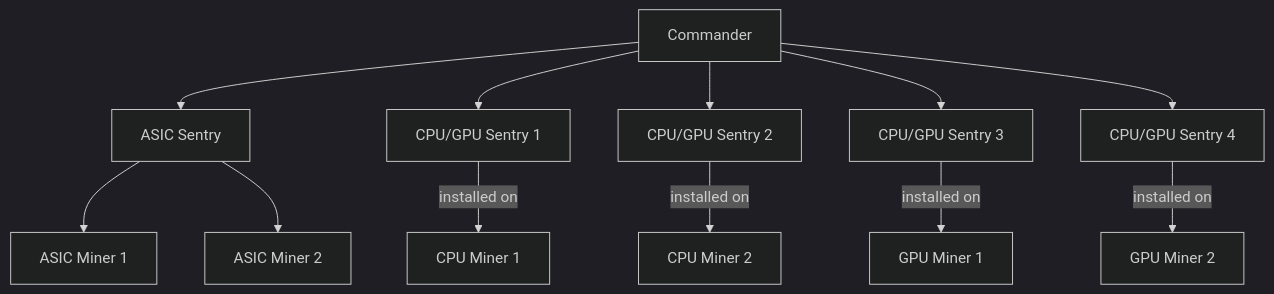
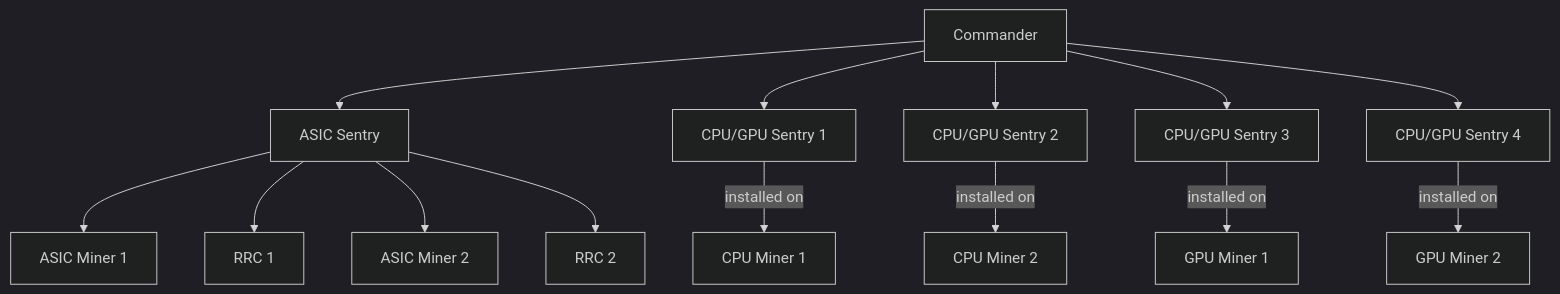
The diagram in docs/01-introduction.md (nguyenvinhlinh/Mining-Rig-Monitor-Document), drawn with Mermaid (dark theme) before and after one commit. The commit also changed other lines of this file and 1 other file, not shown here.

````diff
--- a/docs/01-introduction.md
+++ b/docs/01-introduction.md
@@ -25,20 +26,23 @@
 ```mermaid
 flowchart TB
     Commander[Commander]
     Commander --> AsicSentry[ASIC Sentry]
     AsicSentry --> AM1[ASIC Miner 1]
+    AsicSentry --> RRC1[RRC 1]
     AsicSentry --> AM2[ASIC Miner 2]
+    AsicSentry --> RRC2[RRC 2]
+
 
     Commander --> CPUGPUSentry1[CPU/GPU Sentry 1]
     CPUGPUSentry1 -->|installed on| CPUMiner1[CPU Miner 1]
 
     Commander --> CPUGPUSentry2[CPU/GPU Sentry 2]
     CPUGPUSentry2 -->|installed on| CPUMiner2[CPU Miner 2]
 
     Commander --> CPUGPUSentry3[CPU/GPU Sentry 3]
     CPUGPUSentry3 -->|installed on| GPUMiner1[GPU Miner 1]
 
     Commander --> CPUGPUSentry4[CPU/GPU Sentry 4]
     CPUGPUSentry4 -->|installed on| GPUMiner2[GPU Miner 2]
 
 ```
````
